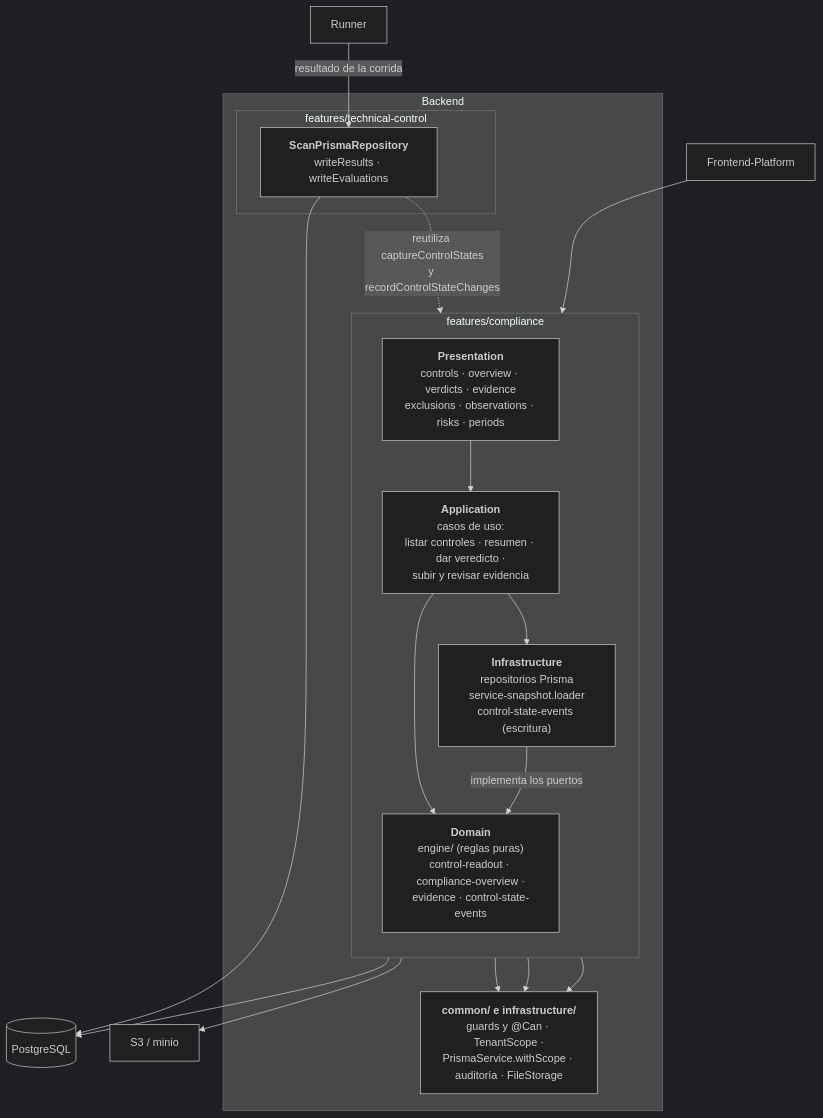
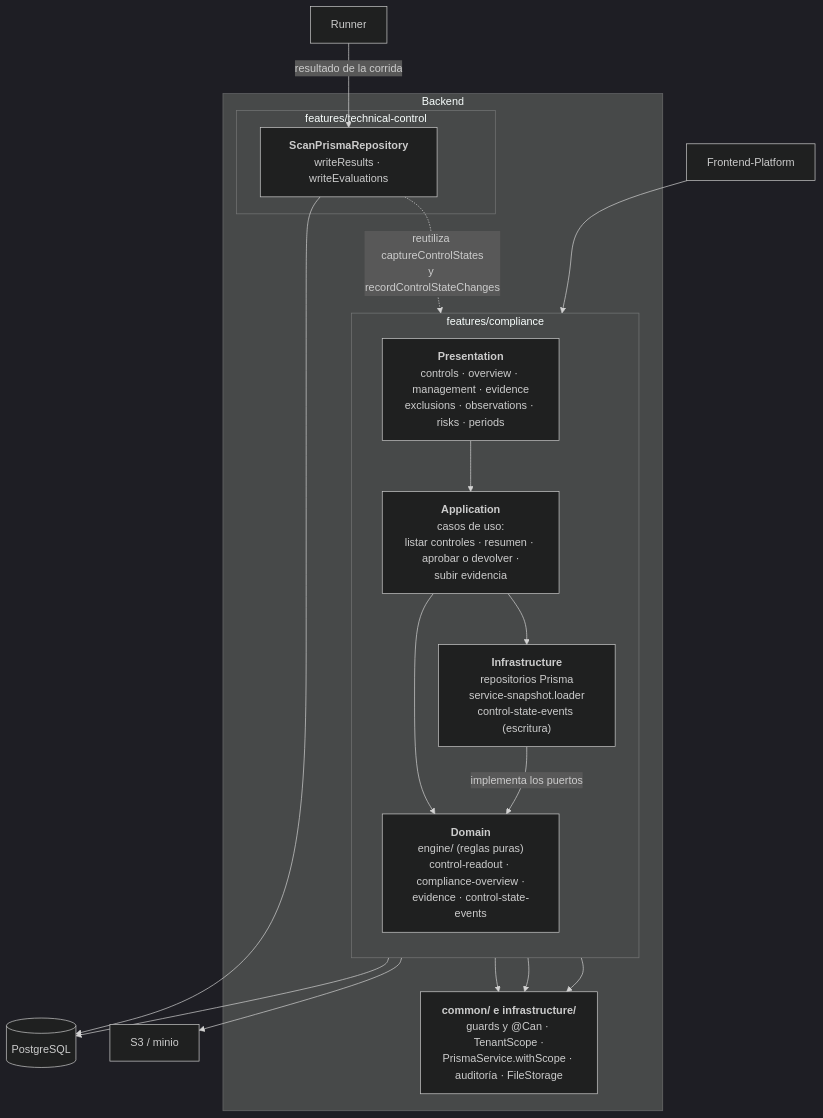
One commit to Monkey-GRC/Monkey-Brain-IA changed the third of 4 diagrams in skills/product/monkey-compliance-council/references/arquitectura/cumplimiento/01-c4.md. Above: the diagram before and after it, drawn with Mermaid (dark theme). The commit also changed other lines of this file and 41 other files, not shown here.

Commit message:
docs(brain): control management states and two-step approval contract, v1 verdicts and evidence review retired, DT-128 and DT-129 (MD-504)

````diff
--- a/skills/product/monkey-compliance-council/references/arquitectura/cumplimiento/01-c4.md
+++ b/skills/product/monkey-compliance-council/references/arquitectura/cumplimiento/01-c4.md
@@ -57,36 +57,36 @@
 ```mermaid
 flowchart TB
     fe["Frontend-Platform"]
     runner["Runner"]
 
     subgraph be["Backend"]
         subgraph comp["features/compliance"]
             direction TB
-            pres["<b>Presentation</b><br/>controls · overview · verdicts · evidence<br/>exclusions · observations · risks · periods"]
-            app["<b>Application</b><br/>casos de uso:<br/>listar controles · resumen · dar veredicto ·<br/>subir y revisar evidencia"]
+            pres["<b>Presentation</b><br/>controls · overview · management · evidence<br/>exclusions · observations · risks · periods"]
+            app["<b>Application</b><br/>casos de uso:<br/>listar controles · resumen · aprobar o devolver ·<br/>subir evidencia"]
             dom["<b>Domain</b><br/>engine/ (reglas puras)<br/>control-readout · compliance-overview ·<br/>evidence · control-state-events"]
             infra["<b>Infrastructure</b><br/>repositorios Prisma<br/>service-snapshot.loader<br/>control-state-events (escritura)"]
         end
         subgraph tc["features/technical-control"]
             scan["<b>ScanPrismaRepository</b><br/>writeResults · writeEvaluations"]
         end
         common["<b>common/ e infrastructure/</b><br/>guards y @Can · TenantScope ·<br/>PrismaService.withScope · auditoría · FileStorage"]
     end
 
     db[("PostgreSQL")]
     s3["S3 / minio"]
 
     fe --> pres
     pres --> app
     app --> dom
     infra -- "implementa los puertos" --> dom
     app --> infra
     infra --> db
     infra --> s3
     runner -- "resultado de la corrida" --> scan
     scan --> db
     scan -. "reutiliza captureControlStates<br/>y recordControlStateChanges" .-> infra
     pres --> common
     app --> common
     infra --> common
 ```
````
